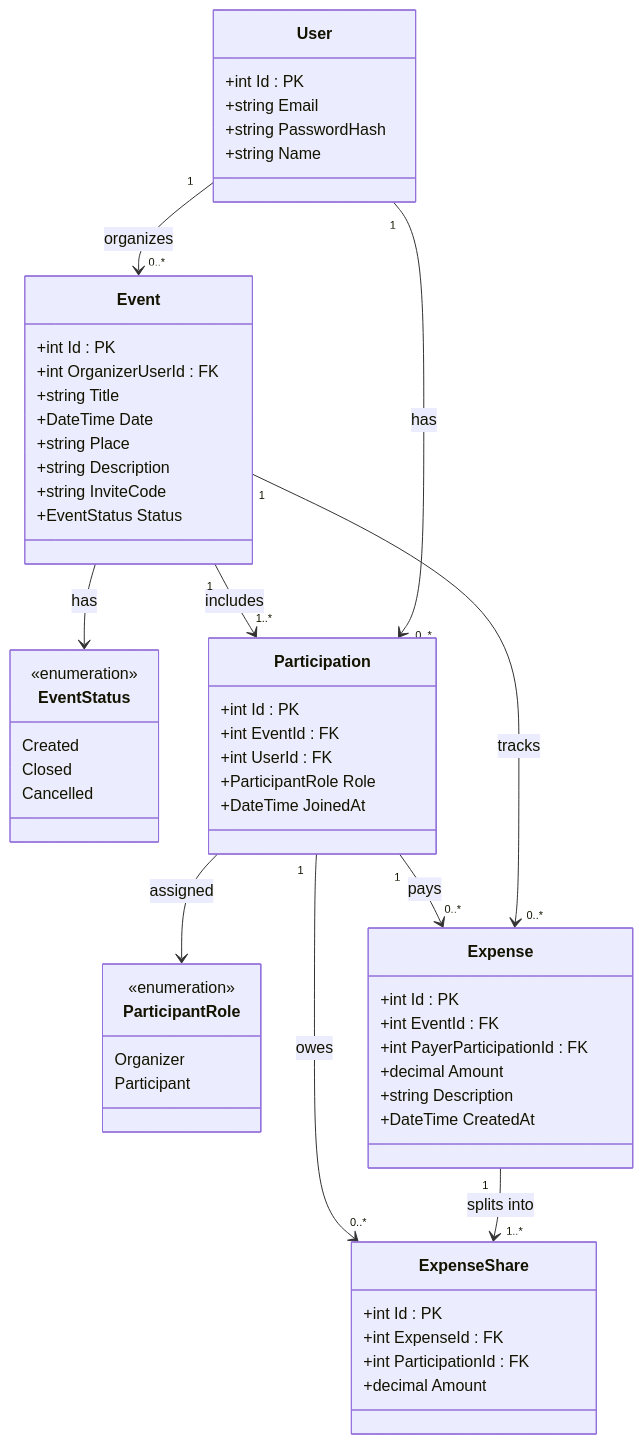
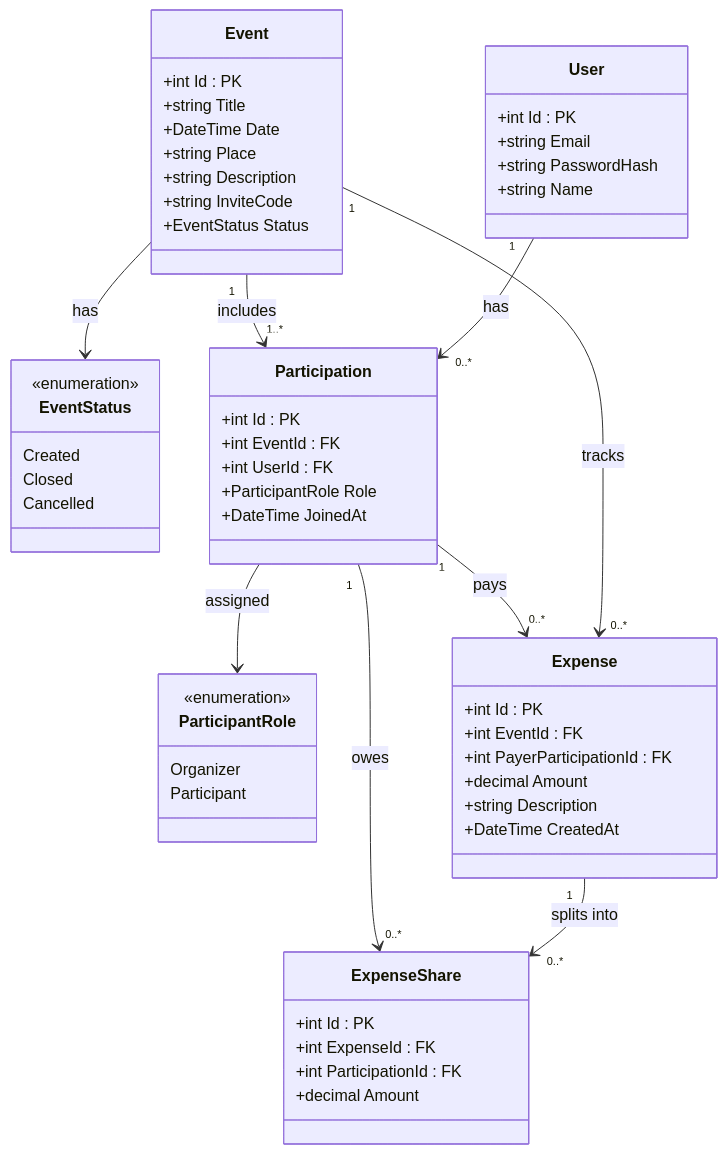
The diagram in model/class-diagram-data.md (Fidloc/Group1_TR_43), drawn with Mermaid before and after one commit. The commit also changed other lines of this file, not shown here.

````diff
--- a/model/class-diagram-data.md
+++ b/model/class-diagram-data.md
@@ -5,69 +5,67 @@
 ```mermaid
 classDiagram
     direction TB
 
     class User {
         +int Id : PK
         +string Email
         +string PasswordHash
         +string Name
     }
 
     class Event {
         +int Id : PK
-        +int OrganizerUserId : FK
         +string Title
         +DateTime Date
         +string Place
         +string Description
         +string InviteCode
         +EventStatus Status
     }
 
     class EventStatus {
         <<enumeration>>
         Created
         Closed
         Cancelled
     }
 
     class Participation {
         +int Id : PK
         +int EventId : FK
         +int UserId : FK
         +ParticipantRole Role
         +DateTime JoinedAt
     }
 
     class ParticipantRole {
         <<enumeration>>
         Organizer
         Participant
     }
 
     class Expense {
         +int Id : PK
         +int EventId : FK
         +int PayerParticipationId : FK
         +decimal Amount
         +string Description
         +DateTime CreatedAt
     }
 
     class ExpenseShare {
         +int Id : PK
         +int ExpenseId : FK
         +int ParticipationId : FK
         +decimal Amount
     }
 
     User "1" --> "0..*" Participation : has
     Event "1" --> "1..*" Participation : includes
-    User "1" --> "0..*" Event : organizes
     Event "1" --> "0..*" Expense : tracks
     Participation "1" --> "0..*" Expense : pays
-    Expense "1" --> "1..*" ExpenseShare : splits into
+    Expense "1" --> "0..*" ExpenseShare : splits into
     Participation "1" --> "0..*" ExpenseShare : owes
     Event --> EventStatus : has
     Participation --> ParticipantRole : assigned
 ```
````
